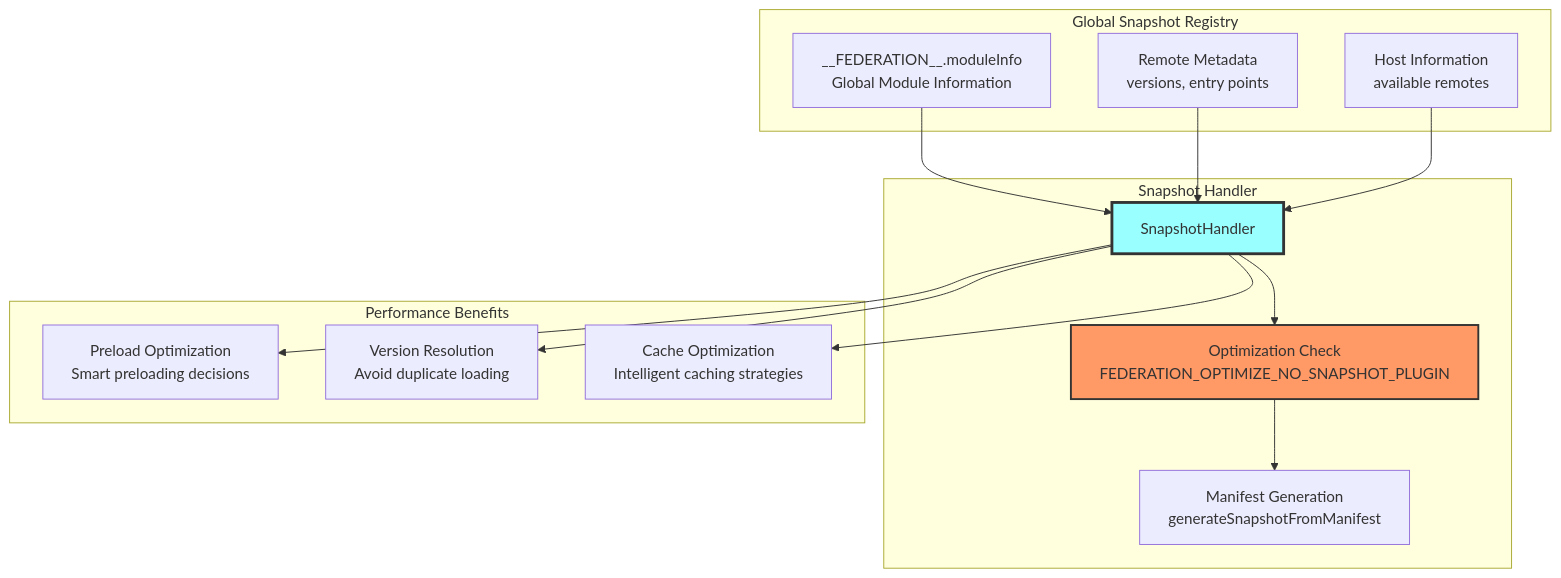
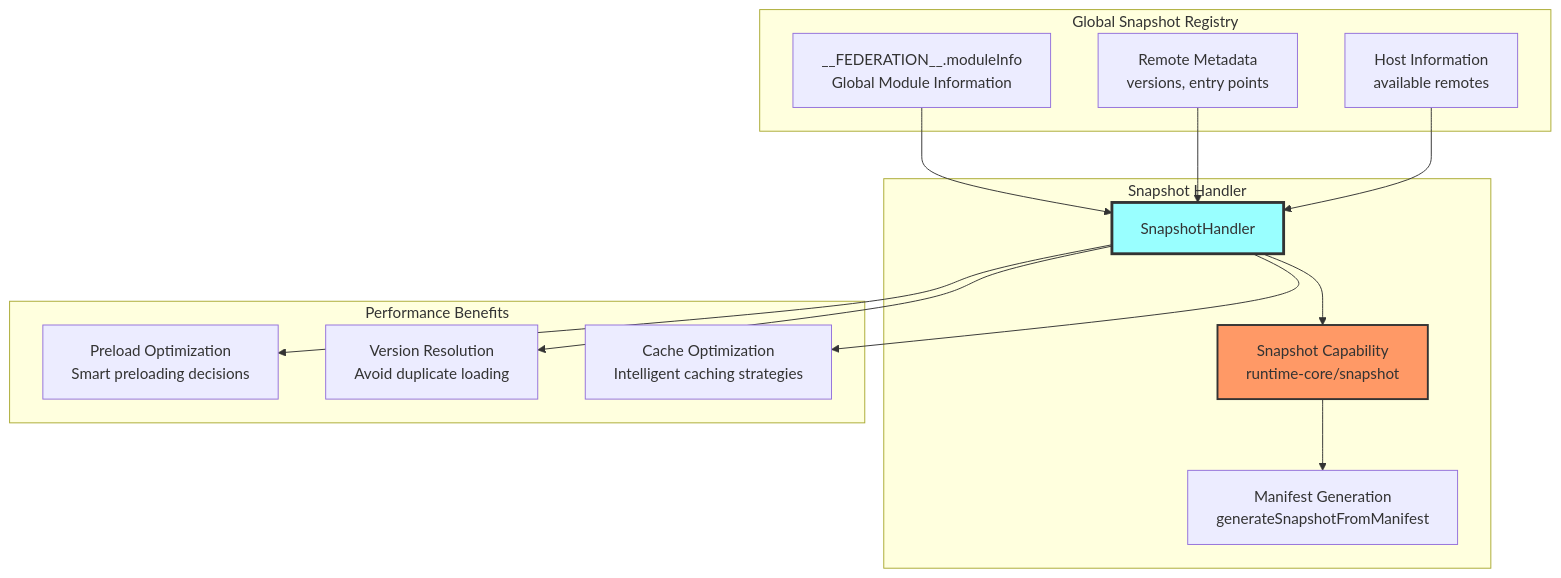
One commit to module-federation/core changed the ninth of 10 diagrams in arch-doc/architecture-overview.md. Above: the diagram before and after it, drawn with Mermaid. The commit also changed other lines of this file and 4 other files, not shown here.

````diff
--- a/arch-doc/architecture-overview.md
+++ b/arch-doc/architecture-overview.md
@@ -719,34 +718,34 @@
 ```mermaid
 graph TB
     subgraph "Global Snapshot Registry"
         GlobalInfo["__FEDERATION__.moduleInfo<br/>Global Module Information"]
         RemoteInfo["Remote Metadata<br/>versions, entry points"]
         HostInfo["Host Information<br/>available remotes"]
     end
 
     subgraph "Snapshot Handler"
         SnapshotHandler[SnapshotHandler]
-        OptCheck["Optimization Check<br/>FEDERATION_OPTIMIZE_NO_SNAPSHOT_PLUGIN"]
+        OptCheck["Snapshot Capability<br/>runtime-core/snapshot"]
         ManifestGen["Manifest Generation<br/>generateSnapshotFromManifest"]
     end
 
     subgraph "Performance Benefits"
         PreloadOpt["Preload Optimization<br/>Smart preloading decisions"]
         VersionOpt["Version Resolution<br/>Avoid duplicate loading"]
         CacheOpt["Cache Optimization<br/>Intelligent caching strategies"]
     end
 
     GlobalInfo --> SnapshotHandler
     RemoteInfo --> SnapshotHandler
     HostInfo --> SnapshotHandler
 
     SnapshotHandler --> OptCheck
     OptCheck --> ManifestGen
 
     SnapshotHandler --> PreloadOpt
     SnapshotHandler --> VersionOpt
     SnapshotHandler --> CacheOpt
 
     style SnapshotHandler fill:#9ff,stroke:#333,stroke-width:3px
     style OptCheck fill:#f96,stroke:#333,stroke-width:2px
 ```
````
